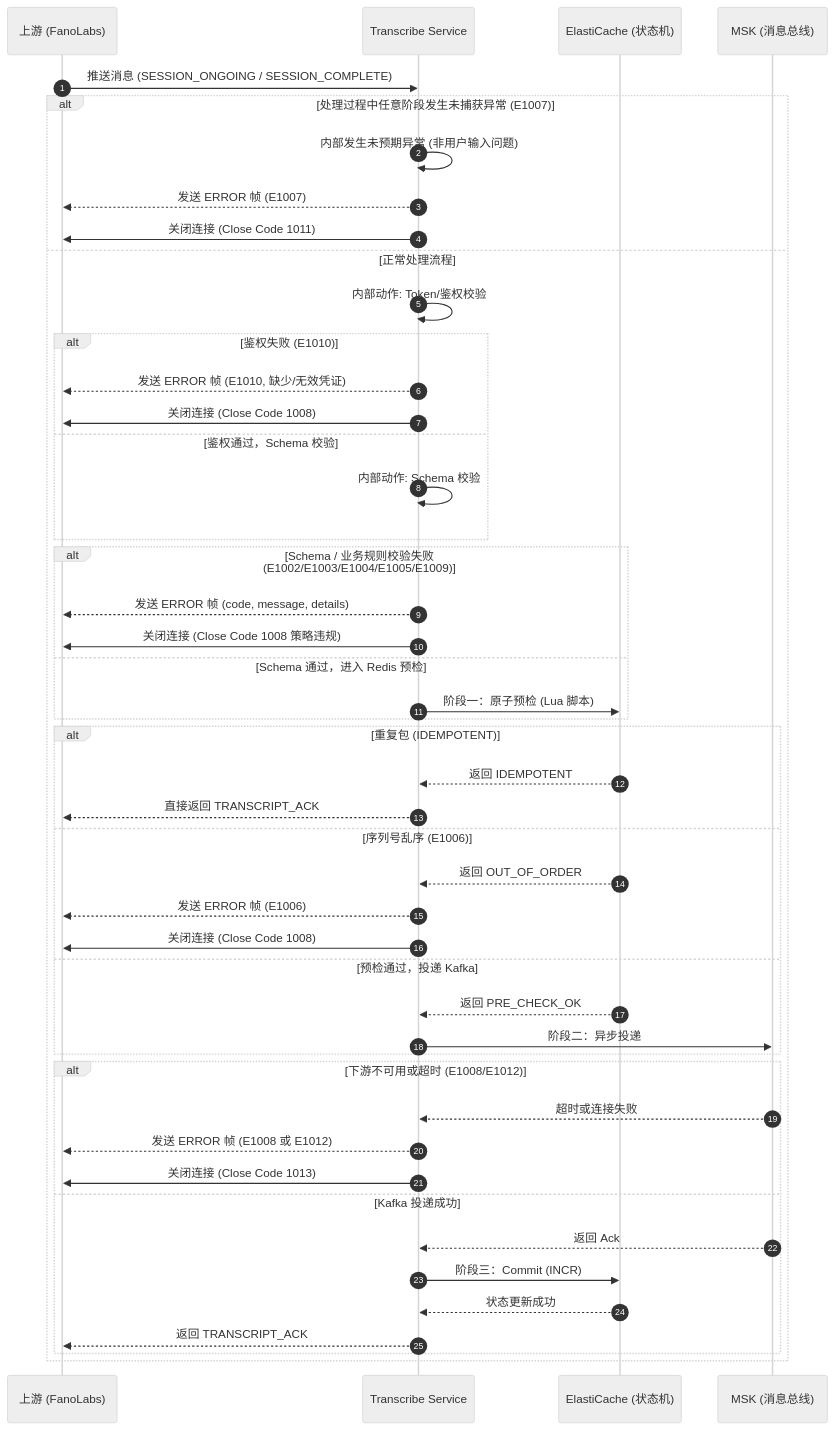
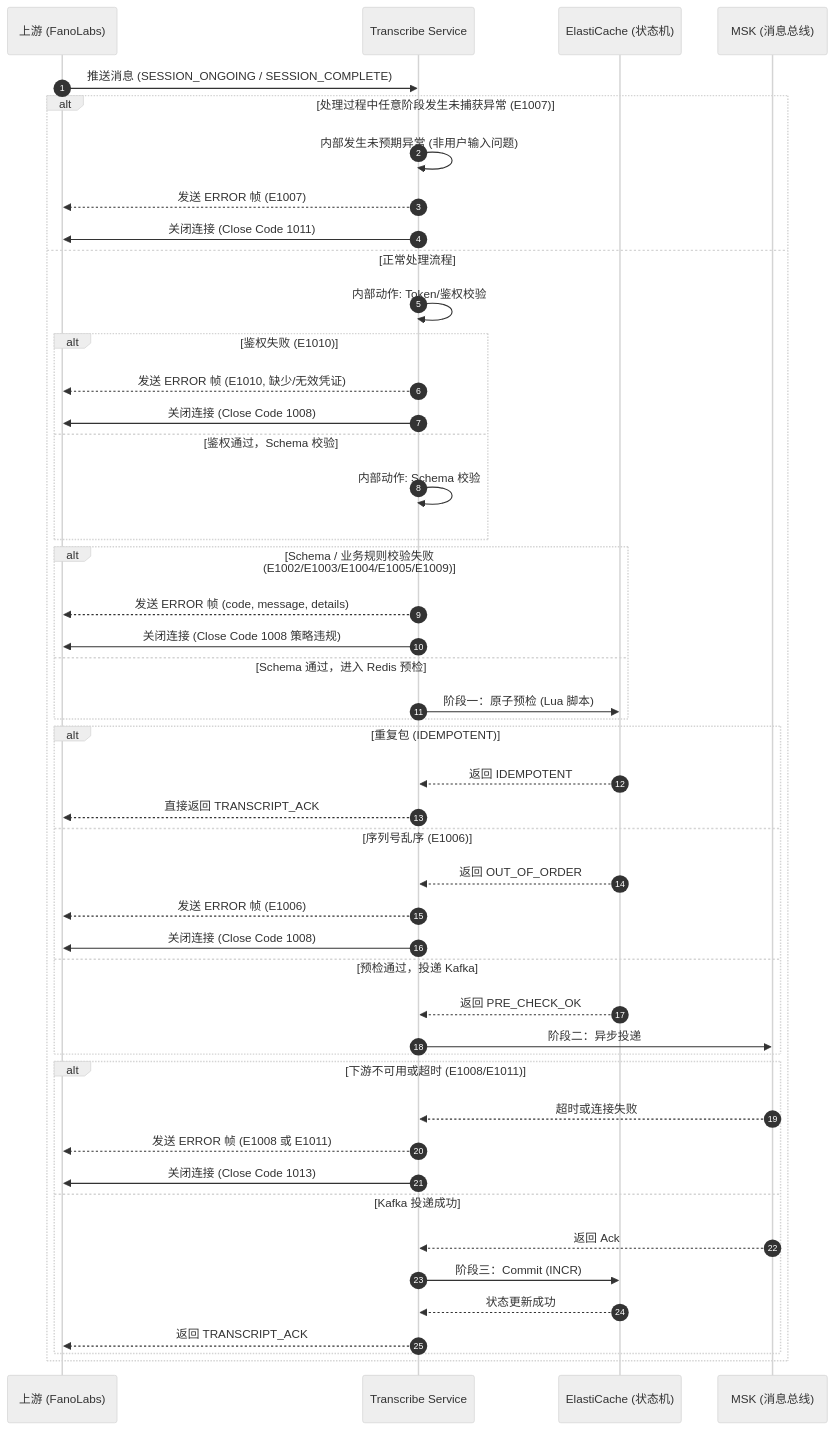
One commit to xiaodouya001/transcribe_service changed the fifth of 6 diagrams in design/application-design_zh.md. Above: the diagram before and after it, drawn with Mermaid (neutral theme). The commit also changed 9 other files, not shown here.

````diff
--- a/design/application-design_zh.md
+++ b/design/application-design_zh.md
@@ -197,54 +197,54 @@
 ```mermaid
 sequenceDiagram
     autonumber
     participant Vendor as 上游 (FanoLabs)
     participant Trans as Transcribe Service
     participant Redis as ElastiCache (状态机)
     participant Kafka as MSK (消息总线)
 
     Vendor->>Trans: 推送消息 (SESSION_ONGOING / SESSION_COMPLETE)
 
     alt 处理过程中任意阶段发生未捕获异常 (E1007)
         Trans->>Trans: 内部发生未预期异常 (非用户输入问题)
         Trans-->>Vendor: 发送 ERROR 帧 (E1007)
         Trans->>Vendor: 关闭连接 (Close Code 1011)
     else 正常处理流程
         Trans->>Trans: 内部动作: Token/鉴权校验
         alt 鉴权失败 (E1010)
             Trans-->>Vendor: 发送 ERROR 帧 (E1010, 缺少/无效凭证)
             Trans->>Vendor: 关闭连接 (Close Code 1008)
         else 鉴权通过，Schema 校验
             Trans->>Trans: 内部动作: Schema 校验
         end
 
         alt Schema / 业务规则校验失败 (E1002/E1003/E1004/E1005/E1009)
             Trans-->>Vendor: 发送 ERROR 帧 (code, message, details)
             Trans->>Vendor: 关闭连接 (Close Code 1008 策略违规)
         else Schema 通过，进入 Redis 预检
             Trans->>Redis: 阶段一：原子预检 (Lua 脚本)
         end
 
         alt 重复包 (IDEMPOTENT)
             Redis-->>Trans: 返回 IDEMPOTENT
             Trans-->>Vendor: 直接返回 TRANSCRIPT_ACK
         else 序列号乱序 (E1006)
             Redis-->>Trans: 返回 OUT_OF_ORDER
             Trans-->>Vendor: 发送 ERROR 帧 (E1006)
             Trans->>Vendor: 关闭连接 (Close Code 1008)
         else 预检通过，投递 Kafka
             Redis-->>Trans: 返回 PRE_CHECK_OK
             Trans->>Kafka: 阶段二：异步投递
         end
 
-        alt 下游不可用或超时 (E1008/E1012)
+        alt 下游不可用或超时 (E1008/E1011)
             Kafka-->>Trans: 超时或连接失败
-            Trans-->>Vendor: 发送 ERROR 帧 (E1008 或 E1012)
+            Trans-->>Vendor: 发送 ERROR 帧 (E1008 或 E1011)
             Trans->>Vendor: 关闭连接 (Close Code 1013)
         else Kafka 投递成功
             Kafka-->>Trans: 返回 Ack
             Trans->>Redis: 阶段三：Commit (INCR)
             Redis-->>Trans: 状态更新成功
             Trans-->>Vendor: 返回 TRANSCRIPT_ACK
         end
     end
 ```
````
